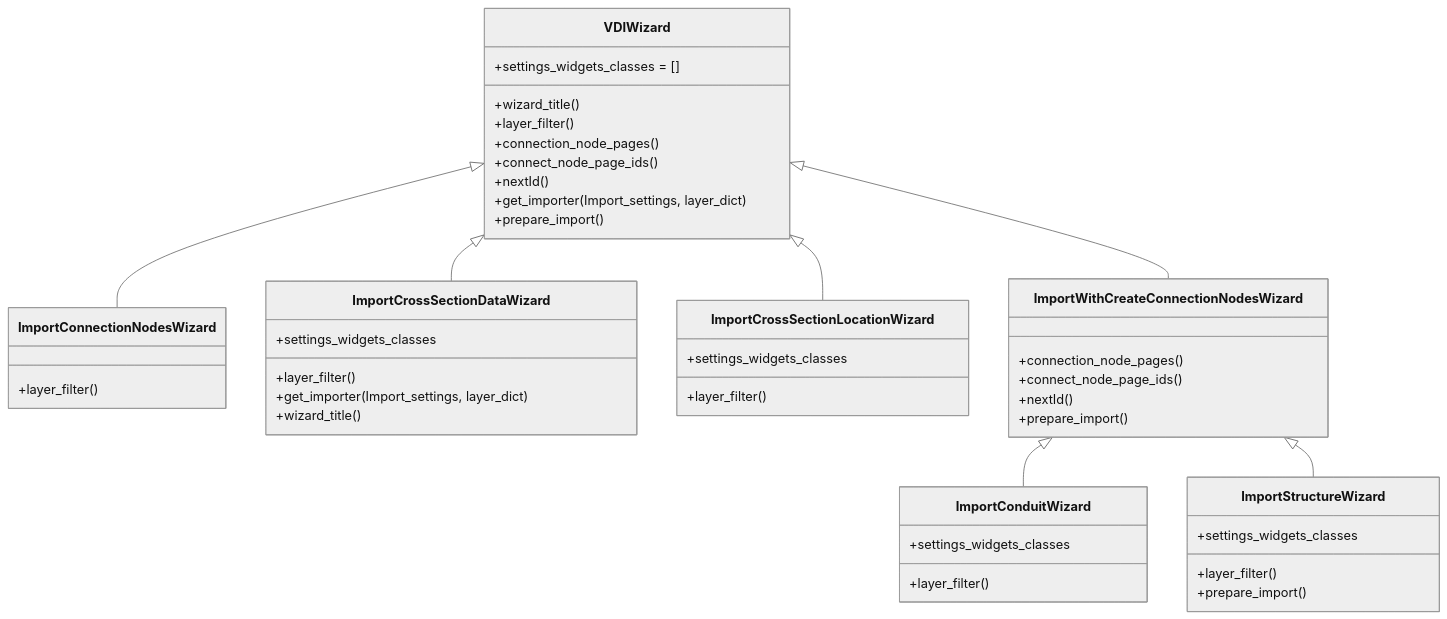
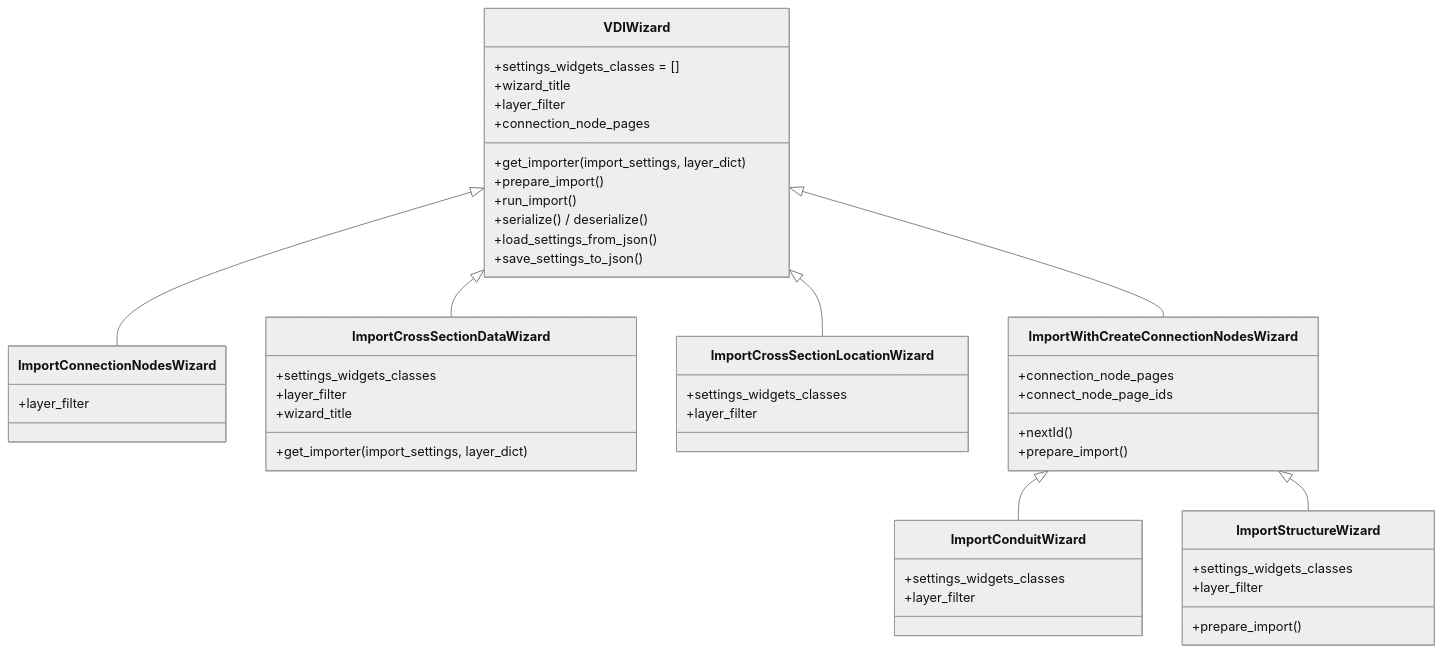
Before and after one commit to nens/threedi-schematisation-editor: the first of 2 diagrams in threedi_schematisation_editor/vector_data_importer/wizard/DESIGN.md, drawn with Mermaid (neutral theme). The commit also changed other lines of this file and 1 other file, not shown here.

````diff
--- a/threedi_schematisation_editor/vector_data_importer/wizard/DESIGN.md
+++ b/threedi_schematisation_editor/vector_data_importer/wizard/DESIGN.md
@@ -14,55 +24,57 @@
 ```mermaid
 classDiagram
     VDIWizard <|-- ImportConnectionNodesWizard
     VDIWizard <|-- ImportCrossSectionDataWizard
     VDIWizard <|-- ImportCrossSectionLocationWizard
     VDIWizard <|-- ImportWithCreateConnectionNodesWizard
     ImportWithCreateConnectionNodesWizard <|-- ImportConduitWizard
     ImportWithCreateConnectionNodesWizard <|-- ImportStructureWizard
     
     class VDIWizard {
         +settings_widgets_classes = []
-        +wizard_title()
-        +layer_filter()
-        +connection_node_pages()
-        +connect_node_page_ids()
-        +nextId()
-        +get_importer(Import_settings, layer_dict)
+        +wizard_title
+        +layer_filter
+        +connection_node_pages
+        +get_importer(import_settings, layer_dict)
         +prepare_import()
+        +run_import()
+        +serialize() / deserialize()
+        +load_settings_from_json()
+        +save_settings_to_json()
     }
     
     class ImportConnectionNodesWizard {
-        +layer_filter()
+        +layer_filter
     }    
 
     class ImportCrossSectionDataWizard {
         +settings_widgets_classes
-        +layer_filter()
-        +get_importer(Import_settings, layer_dict)
-        +wizard_title()
+        +layer_filter
+        +get_importer(import_settings, layer_dict)
+        +wizard_title
     }
 
     class ImportCrossSectionLocationWizard {
         +settings_widgets_classes
-        +layer_filter()
+        +layer_filter
     }
     
     class ImportWithCreateConnectionNodesWizard {
-        +connection_node_pages()
-        +connect_node_page_ids()
+        +connection_node_pages
+        +connect_node_page_ids
         +nextId()
         +prepare_import()
         }
 
     class ImportConduitWizard { 
         +settings_widgets_classes
-        +layer_filter()
+        +layer_filter
     }
 
     class ImportStructureWizard { 
         +settings_widgets_classes
-        +layer_filter()
+        +layer_filter
         +prepare_import()
     }
 
 ```
````
